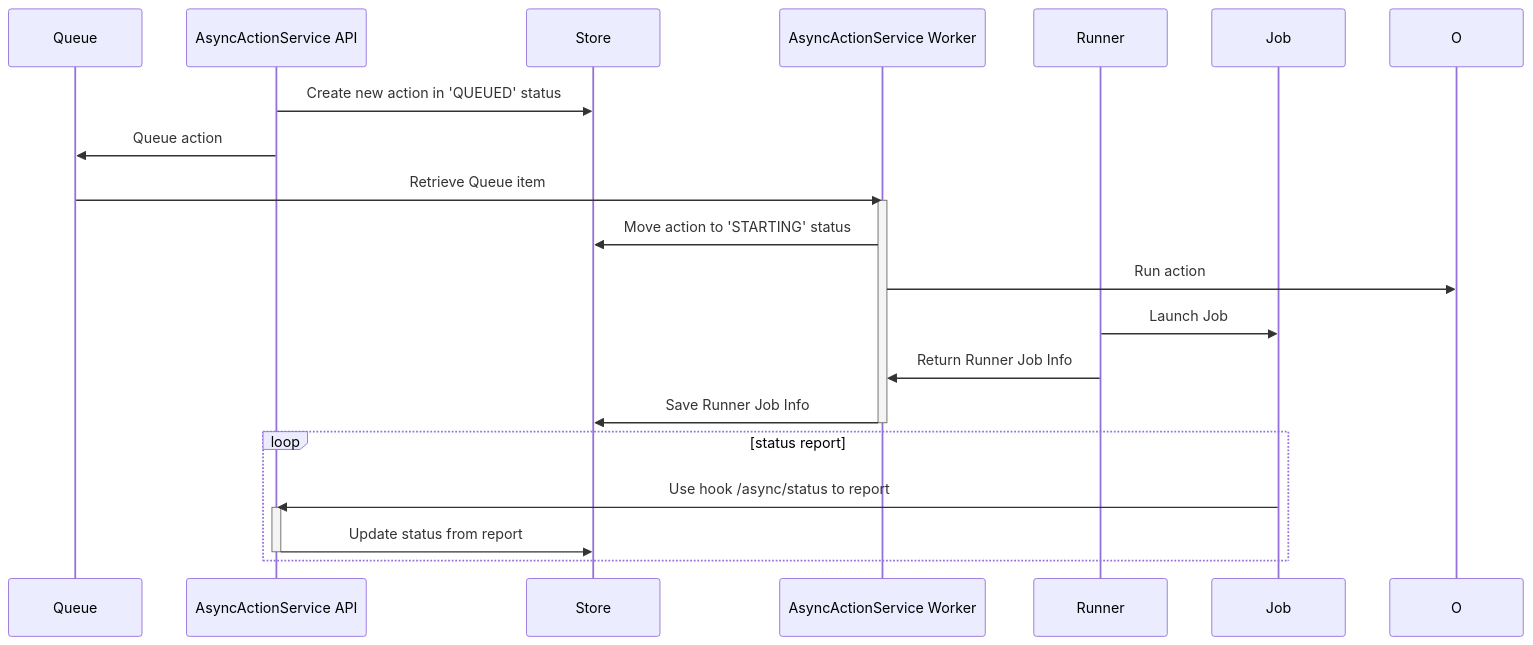
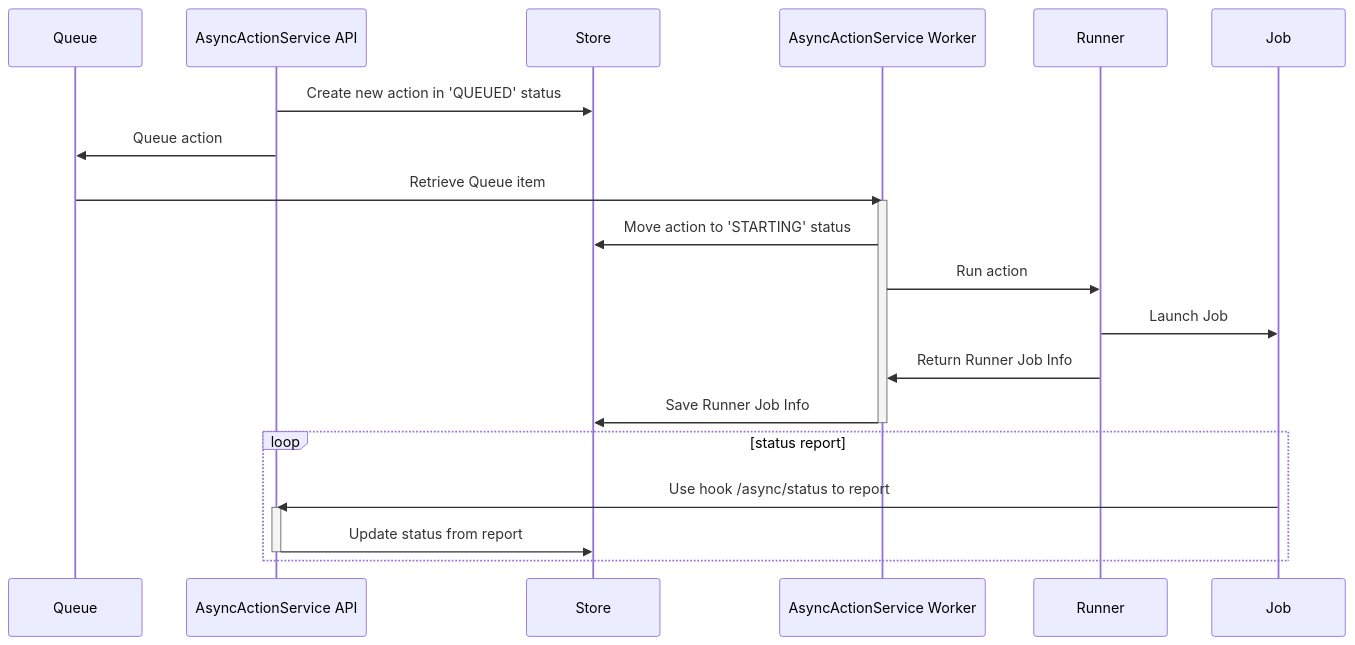
The first of 3 diagrams in docs/pages/Concepts/AsyncActions.md (loopingz/webda.io), drawn with Mermaid before and after one commit. The commit also changed other lines of this file and 11 other files, not shown here.

````diff
--- a/docs/pages/Concepts/AsyncActions.md
+++ b/docs/pages/Concepts/AsyncActions.md
@@ -18,25 +20,25 @@
 ```mermaid
 sequenceDiagram
 	participant Q as Queue
     participant Aa as AsyncActionService API
     participant S as Store
     participant Ar as AsyncActionService Worker
 	participant R as Runner
 	participant J as Job
     Aa->>S: Create new action in 'QUEUED' status
 	Aa->>Q: Queue action
     Q->>Ar: Retrieve Queue item
 	activate Ar
 	Ar->>S: Move action to 'STARTING' status
-	Ar->>O: Run action
+	Ar->>R: Run action
 	R->>J: Launch Job
 	R->>Ar: Return Runner Job Info
 	Ar->>S: Save Runner Job Info
 	deactivate Ar
 	loop status report
 		J->>Aa: Use hook /async/status to report
 		activate Aa
 		Aa->>S: Update status from report
 		deactivate Aa
 	end
 ```
````
